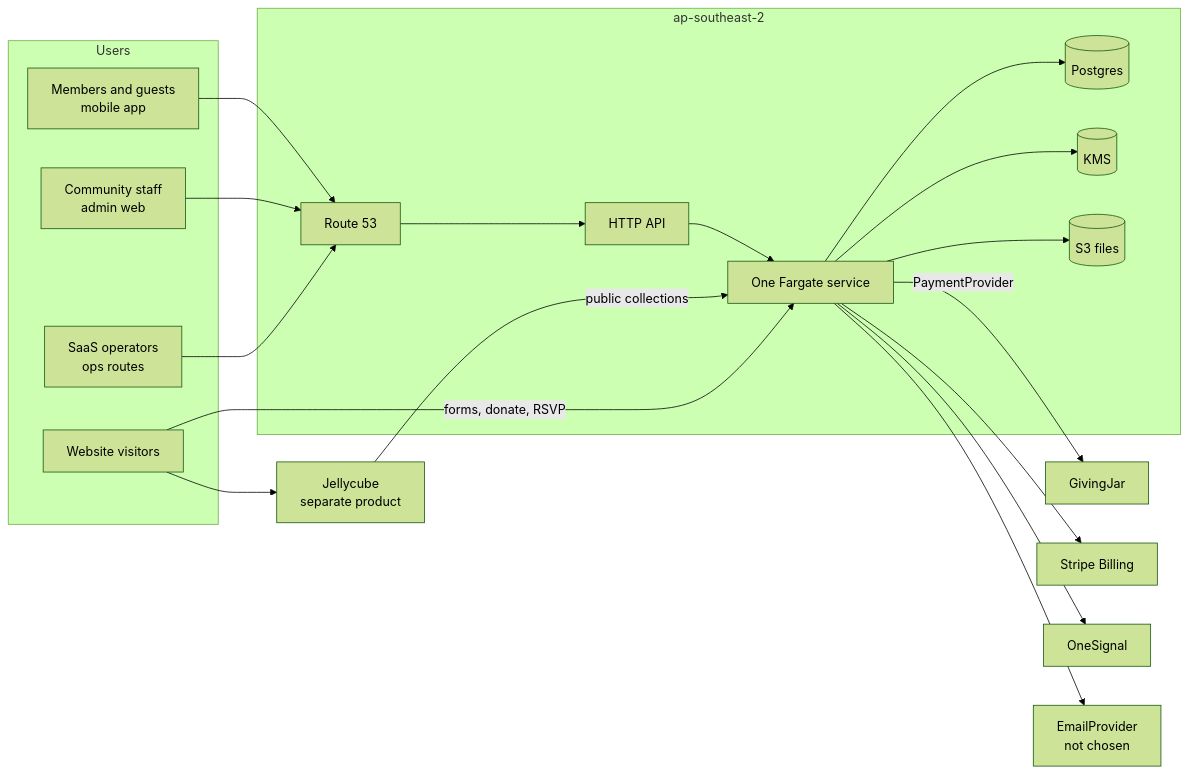
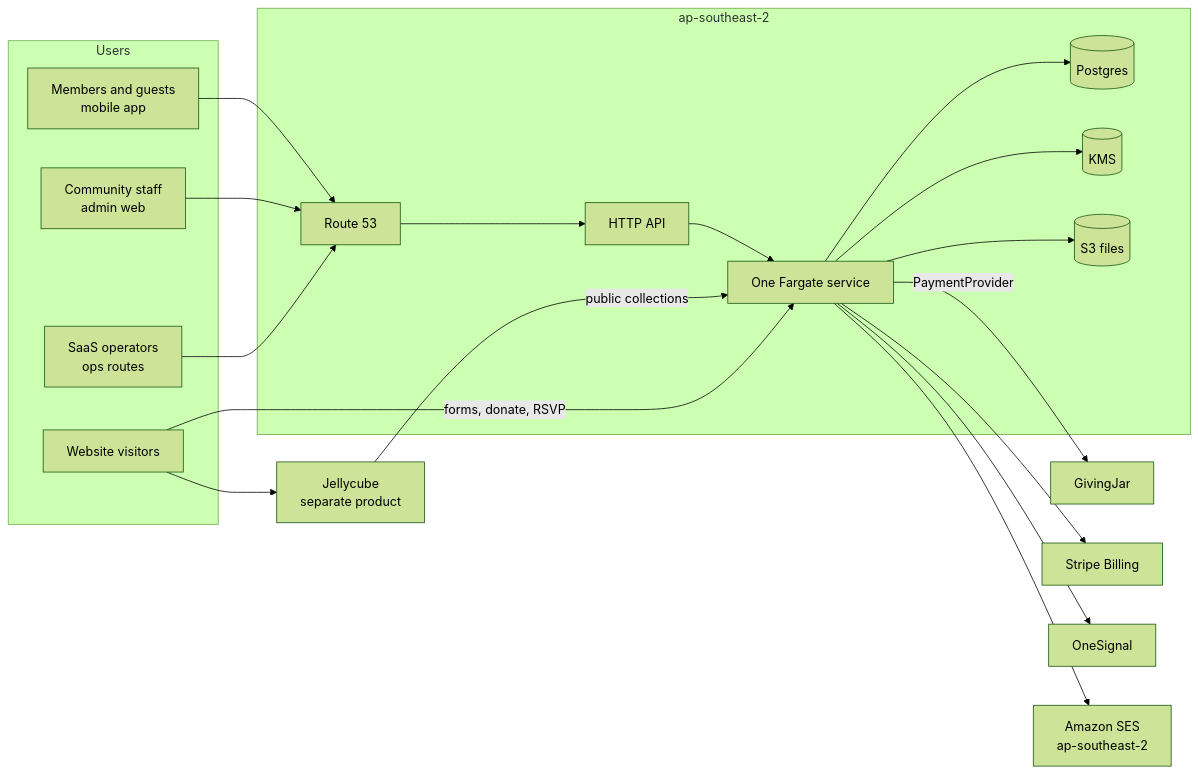
The first of 2 diagrams in architecture.md (taftechnology/community-hub-core), drawn with Mermaid (forest theme) before and after one commit. The commit also changed other lines of this file and 1 other file, not shown here.

First line of the commit message:
docs(architecture): record SES as the sign-in mail provider

````diff
--- a/architecture.md
+++ b/architecture.md
@@ -132,38 +132,38 @@
 ```mermaid
 flowchart LR
   subgraph Users
     M[Members and guests<br/>mobile app]
     A[Community staff<br/>admin web]
     V[Website visitors]
     S[SaaS operators<br/>ops routes]
   end
 
   subgraph Sydney["ap-southeast-2"]
     DNS[Route 53]
     APIGW[HTTP API]
     SVC[One Fargate service]
     PG[(Postgres)]
     KMS[(KMS)]
     FILES[(S3 files)]
   end
 
   JC[Jellycube<br/>separate product]
   GJ[GivingJar]
   STRIPE[Stripe Billing]
   PUSH[OneSignal]
-  EMAIL[EmailProvider<br/>not chosen]
+  EMAIL[Amazon SES<br/>ap-southeast-2]
 
   M --> DNS --> APIGW --> SVC
   A --> DNS
   S --> DNS
   V --> JC
   JC -->|public collections| SVC
   V -->|forms, donate, RSVP| SVC
   SVC --> PG
   SVC --> KMS
   SVC --> FILES
   SVC -->|PaymentProvider| GJ
   SVC --> STRIPE
   SVC --> PUSH
   SVC --> EMAIL
 ```
````
